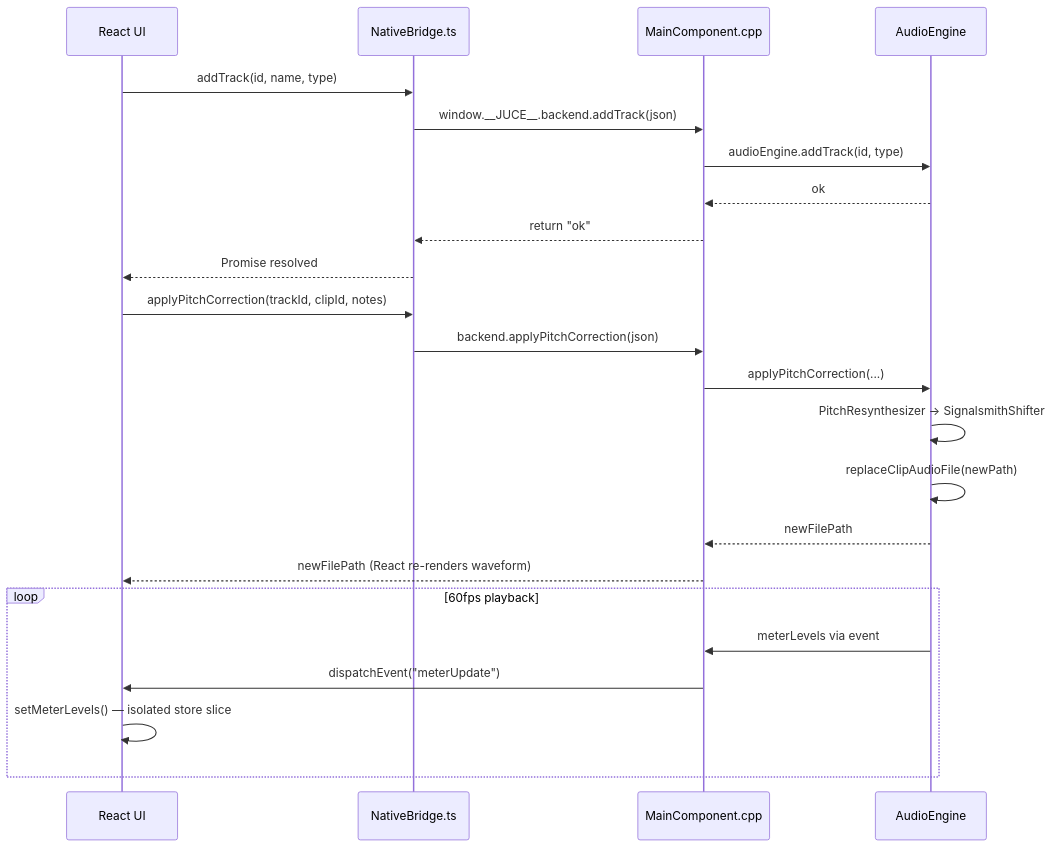
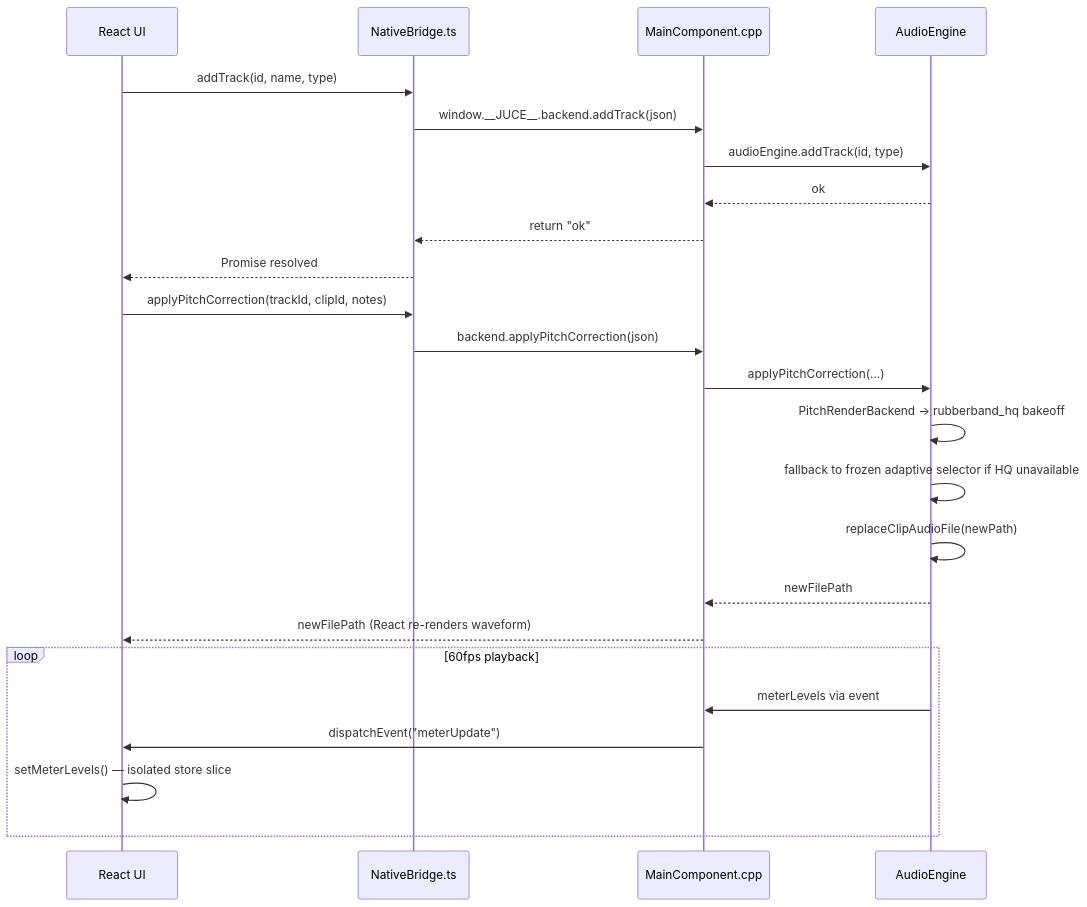
One commit to sdevil7th/OpenStudio changed the fourth of 4 diagrams in README.md. Above: the diagram before and after it, drawn with Mermaid. The commit also changed other lines of this file and 136 other files, not shown here.

````diff
--- a/README.md
+++ b/README.md
@@ -193,28 +196,29 @@
 ```mermaid
 sequenceDiagram
     participant UI as React UI
     participant NB as NativeBridge.ts
     participant MC as MainComponent.cpp
     participant AE as AudioEngine
 
     UI->>NB: addTrack(id, name, type)
     NB->>MC: window.__JUCE__.backend.addTrack(json)
     MC->>AE: audioEngine.addTrack(id, type)
     AE-->>MC: ok
     MC-->>NB: return "ok"
     NB-->>UI: Promise resolved
 
     UI->>NB: applyPitchCorrection(trackId, clipId, notes)
     NB->>MC: backend.applyPitchCorrection(json)
     MC->>AE: applyPitchCorrection(...)
-    AE->>AE: PitchResynthesizer → SignalsmithShifter
+    AE->>AE: PitchRenderBackend -> rubberband_hq bakeoff
+    AE->>AE: fallback to frozen adaptive selector if HQ unavailable
     AE->>AE: replaceClipAudioFile(newPath)
     AE-->>MC: newFilePath
     MC-->>UI: newFilePath (React re-renders waveform)
 
     loop 60fps playback
         AE->>MC: meterLevels via event
         MC->>UI: dispatchEvent("meterUpdate")
         UI->>UI: setMeterLevels() — isolated store slice
     end
 ```
````
